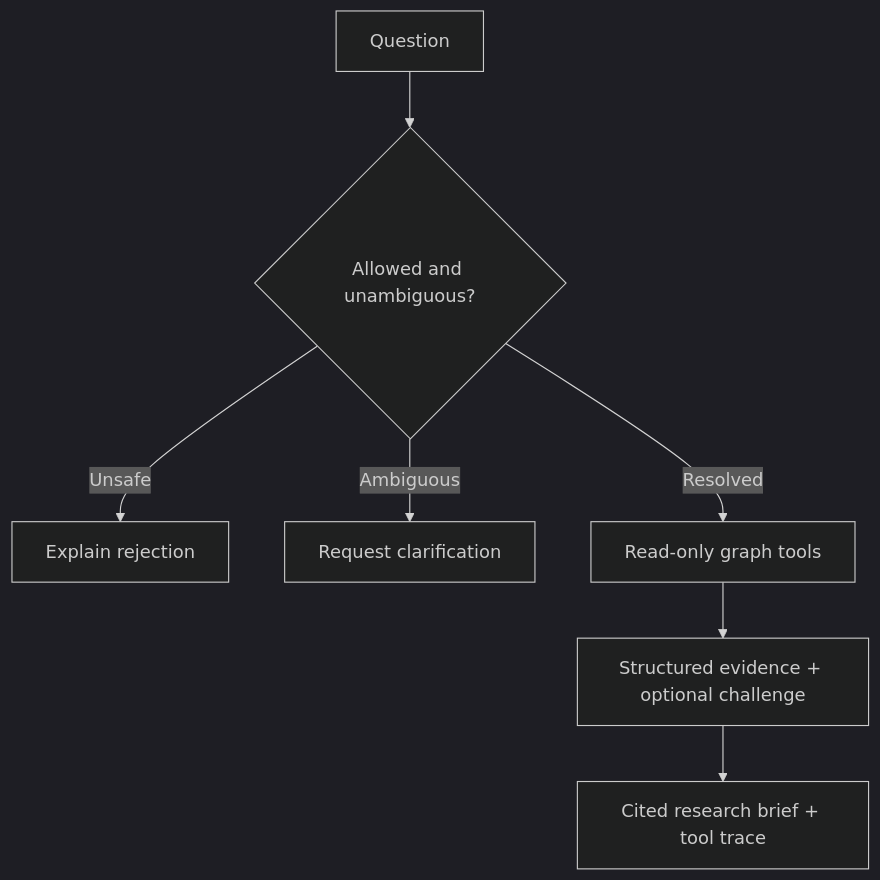
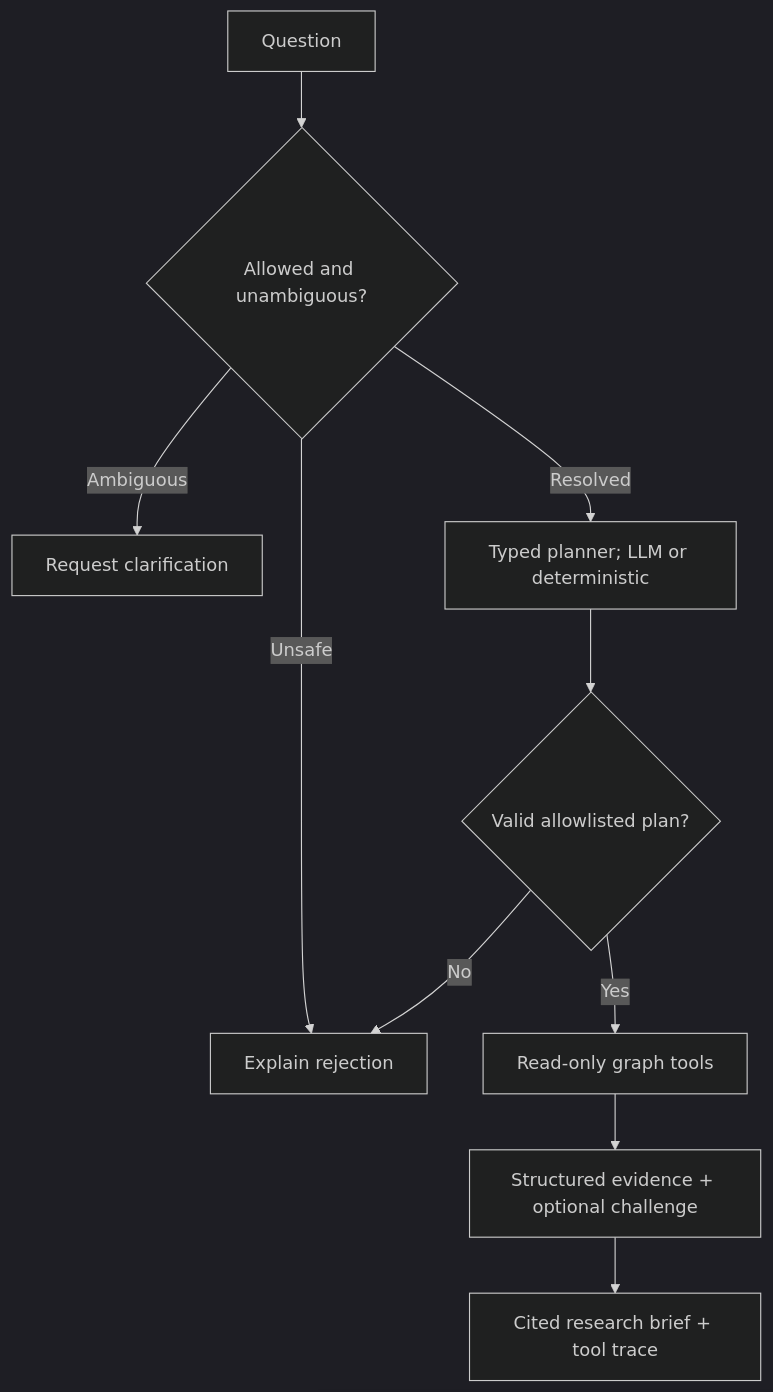
Before and after one commit to Azzbee/ariadne-bio: the diagram in docs/architecture.md, drawn with Mermaid (dark theme). The commit also changed other lines of this file and 61 other files, not shown here.

````diff
--- a/docs/architecture.md
+++ b/docs/architecture.md
@@ -86,9 +124,12 @@
 ```mermaid
 flowchart TD
     Q["Question"] --> V{"Allowed and unambiguous?"}
     V -->|Unsafe| R["Explain rejection"]
     V -->|Ambiguous| C["Request clarification"]
-    V -->|Resolved| T["Read-only graph tools"]
+    V -->|Resolved| P["Typed planner; LLM or deterministic"]
+    P --> G{"Valid allowlisted plan?"}
+    G -->|No| R
+    G -->|Yes| T["Read-only graph tools"]
     T --> E["Structured evidence + optional challenge"]
     E --> B["Cited research brief + tool trace"]
 ```
````
